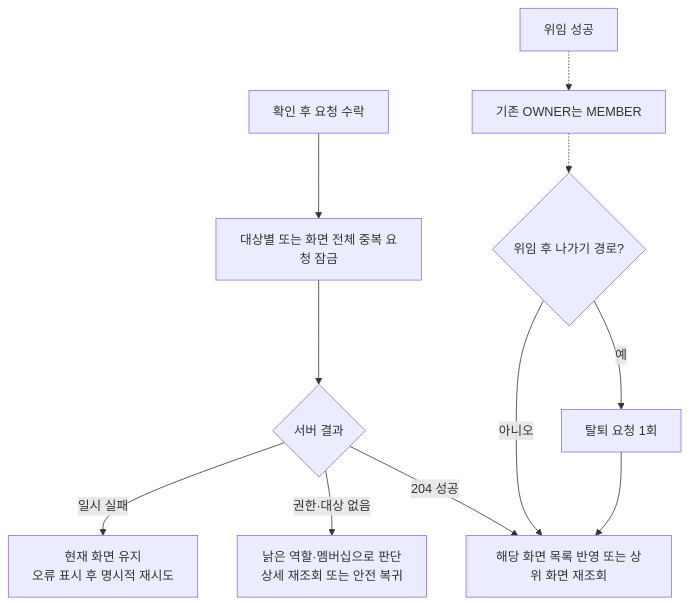
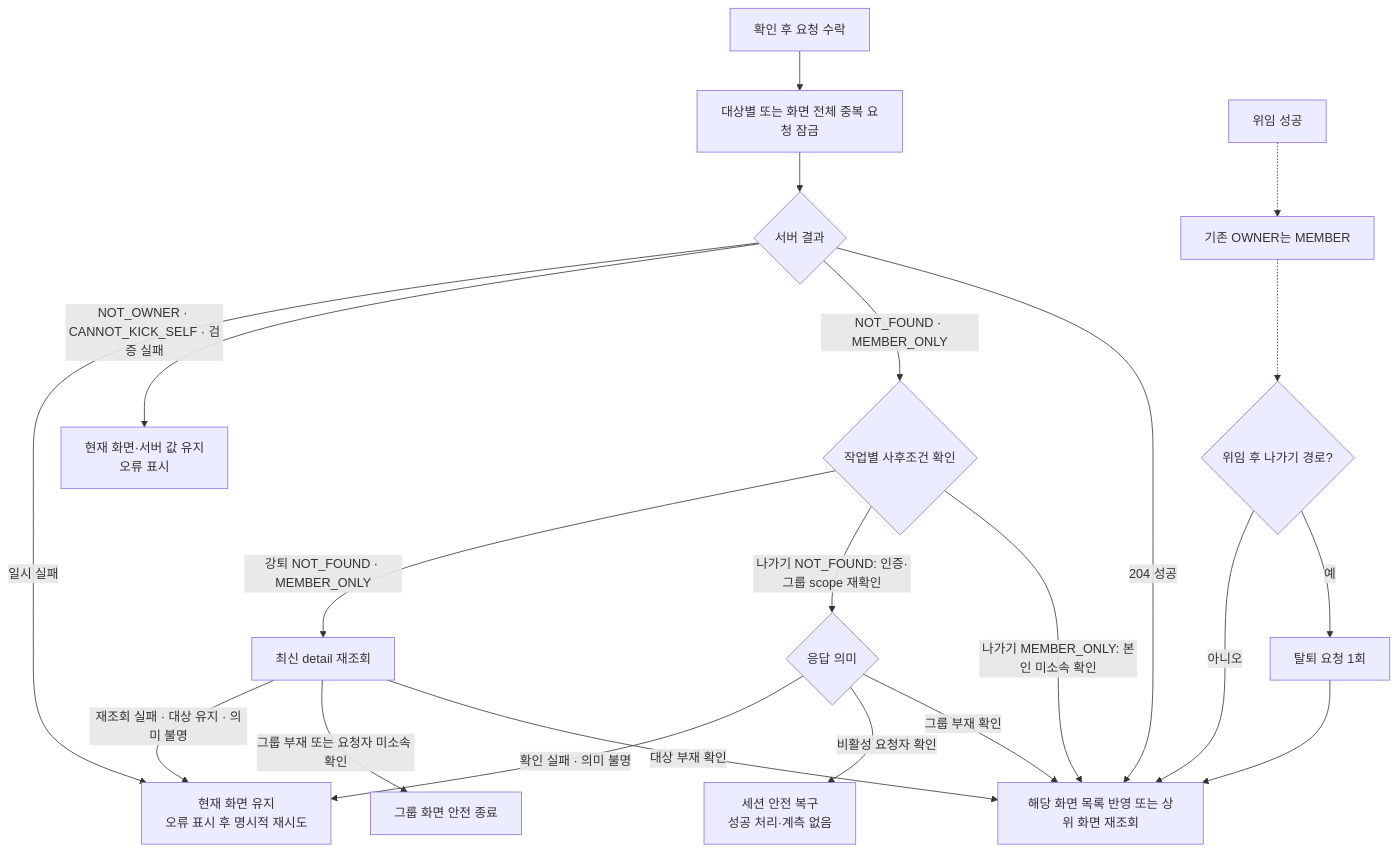
One commit to OneOrThree/phone changed the second of 4 diagrams in docs/prd/group/features/04-operation/low-level-design.md. Above: the diagram before and after it, drawn with Mermaid. The commit also changed other lines of this file and 16 other files, not shown here.

````diff
--- a/docs/prd/group/features/04-operation/low-level-design.md
+++ b/docs/prd/group/features/04-operation/low-level-design.md
@@ -30,14 +30,25 @@
 ```mermaid
 flowchart TD
     Confirm["확인 후 요청 수락"] --> Lock["대상별 또는 화면 전체 중복 요청 잠금"]
     Lock --> Request{"서버 결과"}
     Request -->|"204 성공"| Refresh["해당 화면 목록 반영 또는 상위 화면 재조회"]
-    Request -->|"권한·대상 없음"| Reload["낡은 역할·멤버십으로 판단\n상세 재조회 또는 안전 복귀"]
+    Request -->|"NOT_FOUND · MEMBER_ONLY"| Post{"작업별 사후조건 확인"}
+    Request -->|"NOT_OWNER · CANNOT_KICK_SELF · 검증 실패"| Reject["현재 화면·서버 값 유지\n오류 표시"]
     Request -->|"일시 실패"| Retry["현재 화면 유지\n오류 표시 후 명시적 재시도"]
+
+    Post -->|"나가기 MEMBER_ONLY: 본인 미소속 확인"| Refresh
+    Post -->|"나가기 NOT_FOUND: 인증·그룹 scope 재확인"| Scope{"응답 의미"}
+    Scope -->|"그룹 부재 확인"| Refresh
+    Scope -->|"비활성 요청자 확인"| Session["세션 안전 복구\n성공 처리·계측 없음"]
+    Scope -->|"확인 실패 · 의미 불명"| Retry
+    Post -->|"강퇴 NOT_FOUND · MEMBER_ONLY"| KickCheck["최신 detail 재조회"]
+    KickCheck -->|"대상 부재 확인"| Refresh
+    KickCheck -->|"그룹 부재 또는 요청자 미소속 확인"| Exit["그룹 화면 안전 종료"]
+    KickCheck -->|"재조회 실패 · 대상 유지 · 의미 불명"| Retry
 
     Transfer["위임 성공"] -.-> Demote["기존 OWNER는 MEMBER"]
     Demote -.-> Withdraw{"위임 후 나가기 경로?"}
     Withdraw -->|예| Leave["탈퇴 요청 1회"]
     Withdraw -->|아니오| Refresh
     Leave --> Refresh
 ```
````
